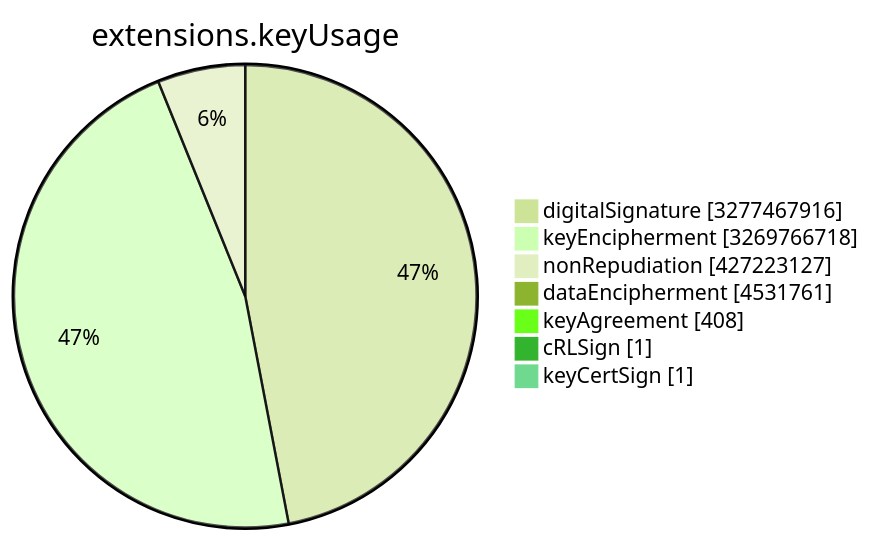
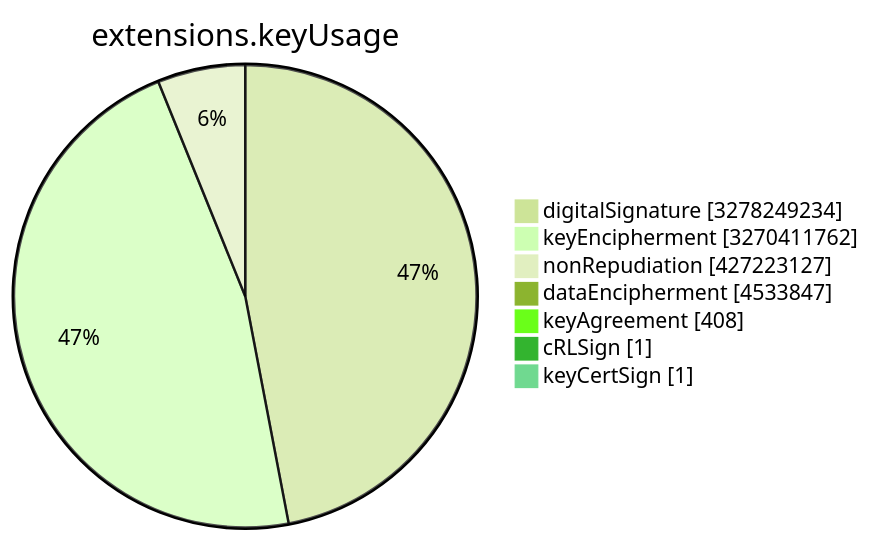
Before and after one commit to christiankrug/ctmonitor_visualization: the sixth of 15 diagrams in TOTAL/README.md, drawn with Mermaid (forest theme). The commit also changed other lines of this file, not shown here.

````diff
--- a/TOTAL/README.md
+++ b/TOTAL/README.md
@@ -3078,11 +3078,11 @@
 ```mermaid
 pie showData
 title extensions.keyUsage
-"digitalSignature" :3277467916
-"keyEncipherment" :3269766718
+"digitalSignature" :3278249234
+"keyEncipherment" :3270411762
 "nonRepudiation" :427223127
-"dataEncipherment" :4531761
+"dataEncipherment" :4533847
 "keyAgreement" :408
 "cRLSign" :1
 "keyCertSign" :1
 ```
````
